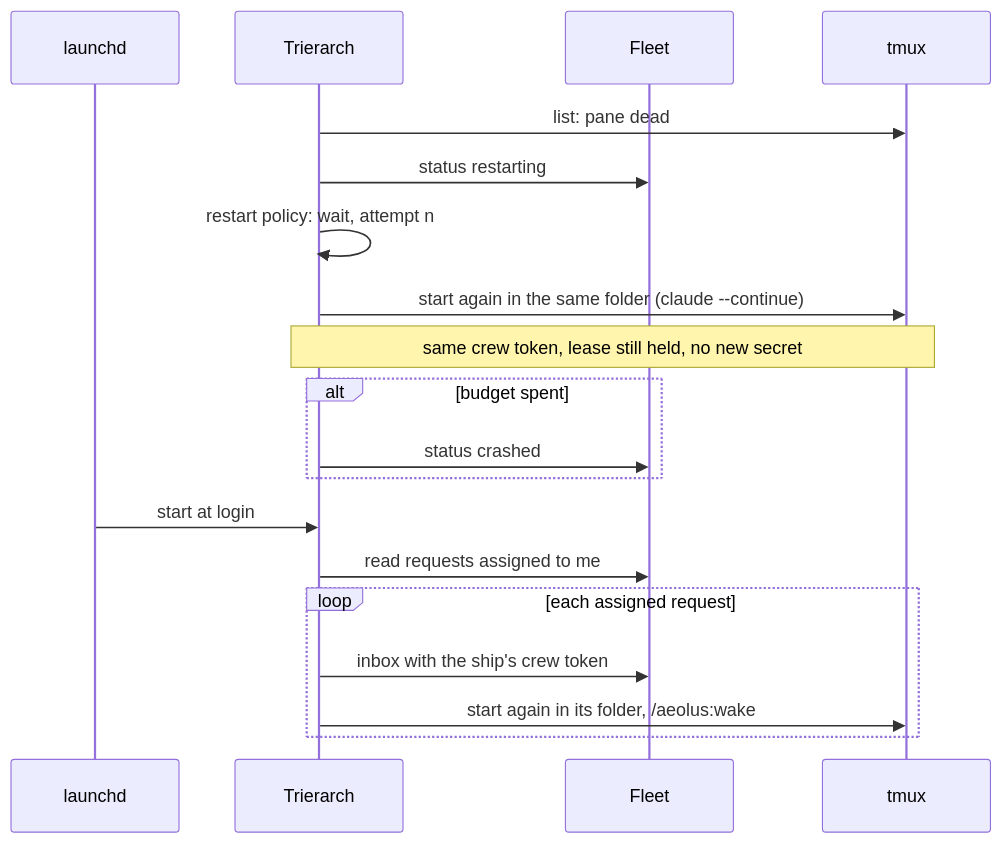
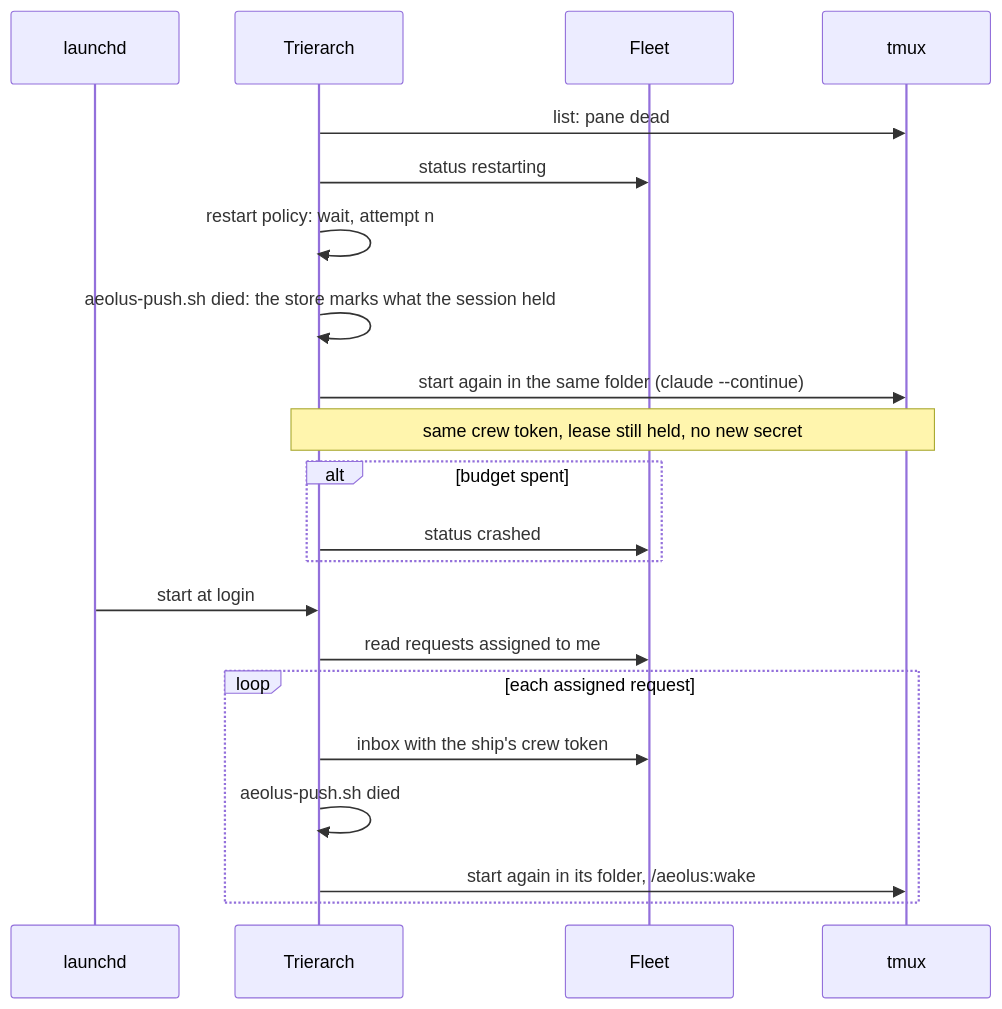
One commit to ThomasHendrickx/aeolus-fleet changed the fourth of 6 diagrams in docs/architecture.md. Above: the diagram before and after it, drawn with Mermaid. The commit also changed other lines of this file and 2 other files, not shown here.

First line of the commit message:
docs: the trierarch hands messages over through the plugin's store (#756)

````diff
--- a/docs/architecture.md
+++ b/docs/architecture.md
@@ -308,21 +308,23 @@
 ```mermaid
 sequenceDiagram
   participant OS as launchd
   participant T as Trierarch
   participant F as Fleet
   participant X as tmux
   T->>X: list: pane dead
   T->>F: status restarting
   T->>T: restart policy: wait, attempt n
+  T->>T: aeolus-push.sh died: the store marks what the session held
   T->>X: start again in the same folder (claude --continue)
   Note over T,X: same crew token, lease still held, no new secret
   alt budget spent
     T->>F: status crashed
   end
   OS->>T: start at login
   T->>F: read requests assigned to me
   loop each assigned request
     T->>F: inbox with the ship's crew token
+    T->>T: aeolus-push.sh died
     T->>X: start again in its folder, /aeolus:wake
   end
 ```
````
